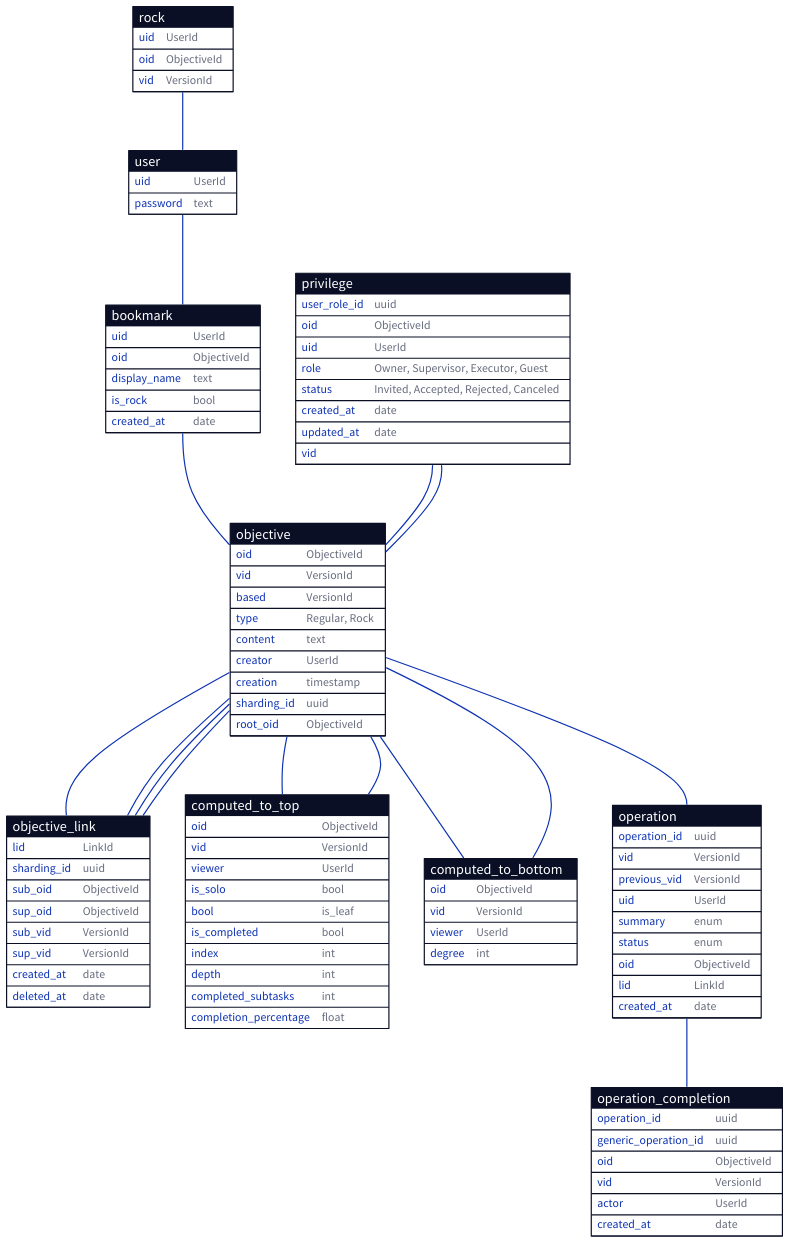
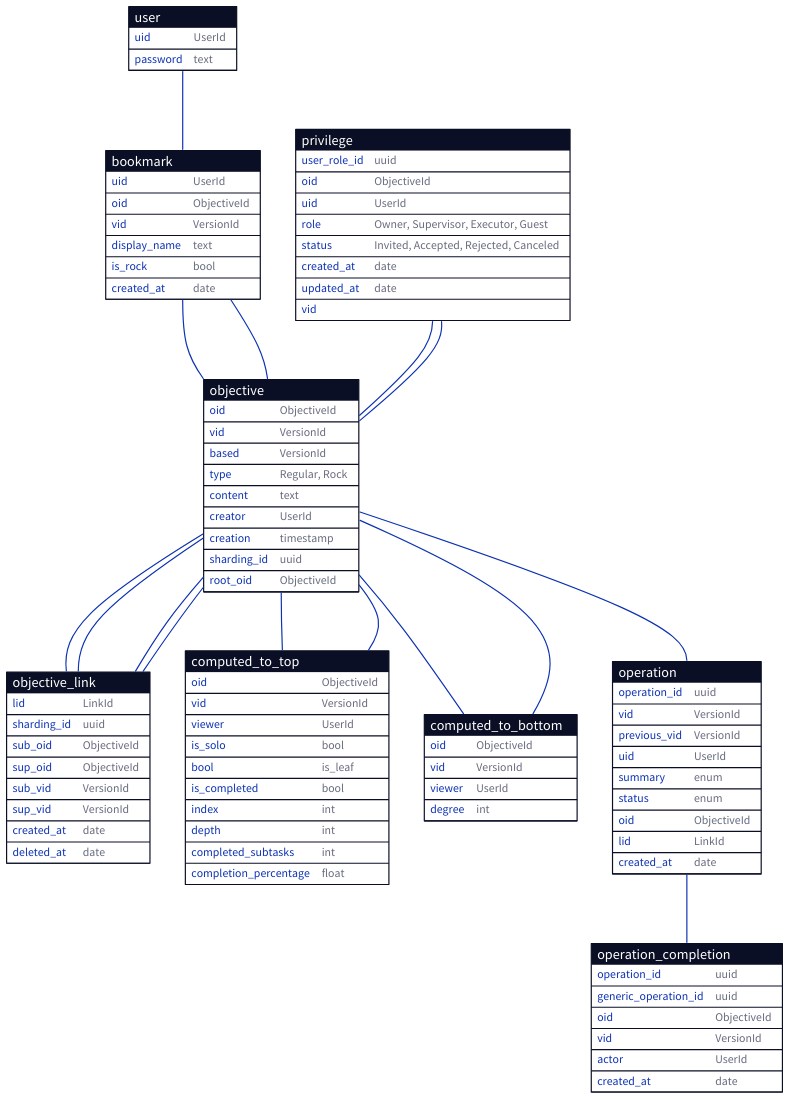
One commit to ufukty/logbook changed the diagram in docs/database/simplified.d2. Above: the diagram before and after it, drawn with D2. The commit also changed 1 other file, not shown here.

Commit message:
docs/database/simplified: removes the table `rock` in favor of merging the functionality back to `bookmark` table

```diff
--- a/docs/database/simplified.d2
+++ b/docs/database/simplified.d2
@@ -1,156 +1,148 @@
 user: {
   shape: sql_table
 
   uid: UserId
   password: text
 }
 
 user -- bookmark
 
 bookmark: {
   shape: sql_table
 
   uid: UserId
   oid: ObjectiveId
+  vid: VersionId
   display_name: text
   is_rock: bool # rocks are hidden in the UI
   created_at: date
 }
 
 privilege: {
   shape: sql_table
 
   user_role_id: uuid
   oid: ObjectiveId
   uid: UserId
   role: "Owner, Supervisor, Executor, Guest"
   status: "Invited, Accepted, Rejected, Canceled"
   created_at: date
   updated_at: date
-}
-
-rock: {
-  shape: sql_table
-
-  uid: UserId
-  oid: ObjectiveId
-  vid: VersionId # anchor
 }
 
 objective: {
   shape: sql_table
 
   oid: ObjectiveId
   vid: VersionId
   based: VersionId
   type: "Regular, Rock"
   content: text
   creator: UserId
   creation: timestamp
 
   # "Inherit: super obj, randomize else" 
   sharding_id: uuid
   # "Needed: for sharding." 
   root_oid: ObjectiveId
 }
 
 # recalculate every link on a tree when new viewer come" ?
 objective_link: {
   shape: sql_table
 
   lid: LinkId
 
   # "Inherit: super obj, randomize otherwise" 
   sharding_id: uuid
 
   sub_oid: ObjectiveId
   sup_oid: ObjectiveId
   sub_vid: VersionId
   sup_vid: VersionId
 
   created_at: date
   deleted_at: date
 }
 
-rock.uid -- user.uid
-
 objective.oid -- objective_link.sup_oid
 objective.oid -- objective_link.sub_oid
 objective.vid -- objective_link.sup_vid
 objective.vid -- objective_link.sub_vid
 
 # a bookmark points to a root node of a work tree
-bookmark -- objective
+bookmark.oid -- objective.oid
+bookmark.vid -- objective.vid
 
 # Any task with custom privilege hand.can have owner/viewers/executors
 privilege.oid -- objective.oid
 privilege.vid -- objective.vid
 
 computed_to_top: {
   shape: sql_table
 
   oid: ObjectiveId
   vid: VersionId
   viewer: UserId
 
   is_solo: bool
   bool: is_leaf
   # "for: leaf" 
   is_completed: bool
 
   # "inherited: from inviter on task creation." 
   index: int
   depth: int
   # "changes: for each user. divide with degree to find completion_percentage" 
   completed_subtasks: int
   # "changes: for each user. not the same with objective.is_completed" 
   completion_percentage: float
 }
 
 computed_to_bottom: {
   shape: sql_table
 
   oid: ObjectiveId
   vid: VersionId
   viewer: UserId
 
   degree: int
 }
 
 objective.oid -- computed_to_top.oid
 objective.vid -- computed_to_top.vid
 
 objective.oid -- computed_to_bottom.oid
 objective.vid -- computed_to_bottom.vid
 
 operation: {
   shape: sql_table
 
   operation_id: uuid
   vid: VersionId
   previous_vid: VersionId
 
   uid: UserId
   summary: enum
   status: enum
 
   oid: ObjectiveId
   lid: LinkId
 
   created_at: date
 }
 
 operation_completion: {
   shape: sql_table
 
   operation_id: uuid
   generic_operation_id: uuid
   oid: ObjectiveId
   vid: VersionId
   actor: UserId
   created_at: date
 }
 
 operation -- operation_completion
 
 objective -- operation
```
